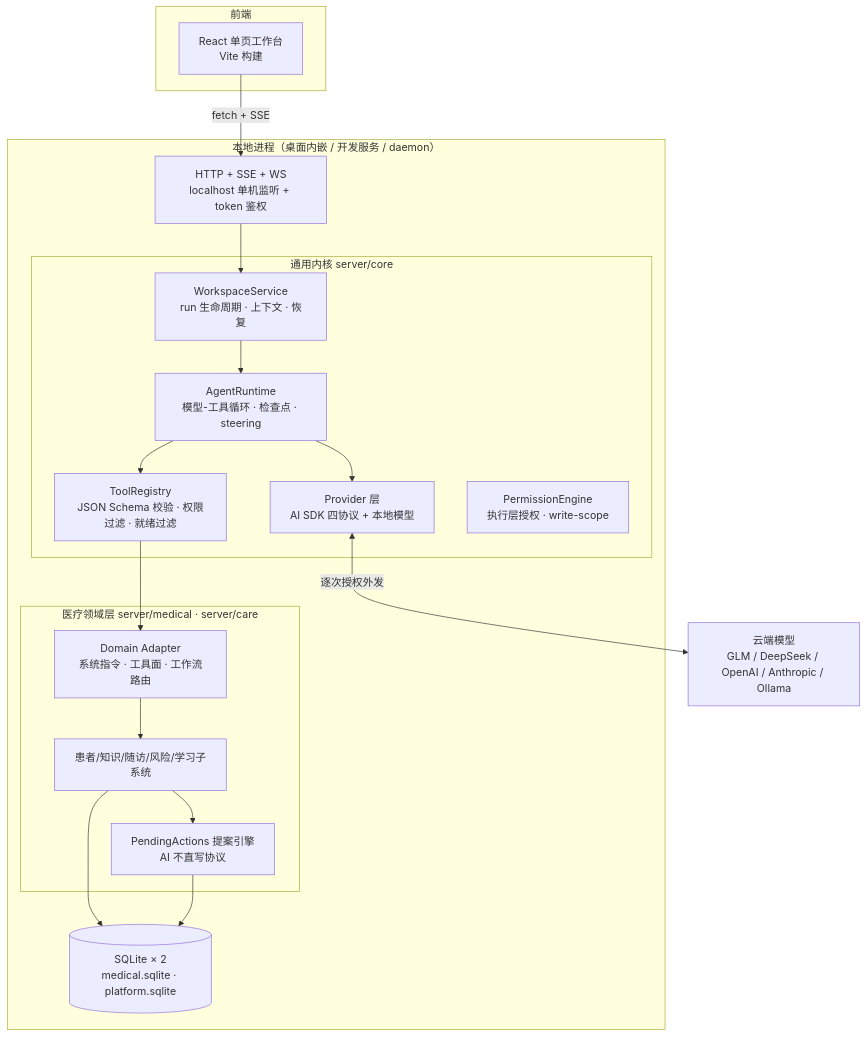
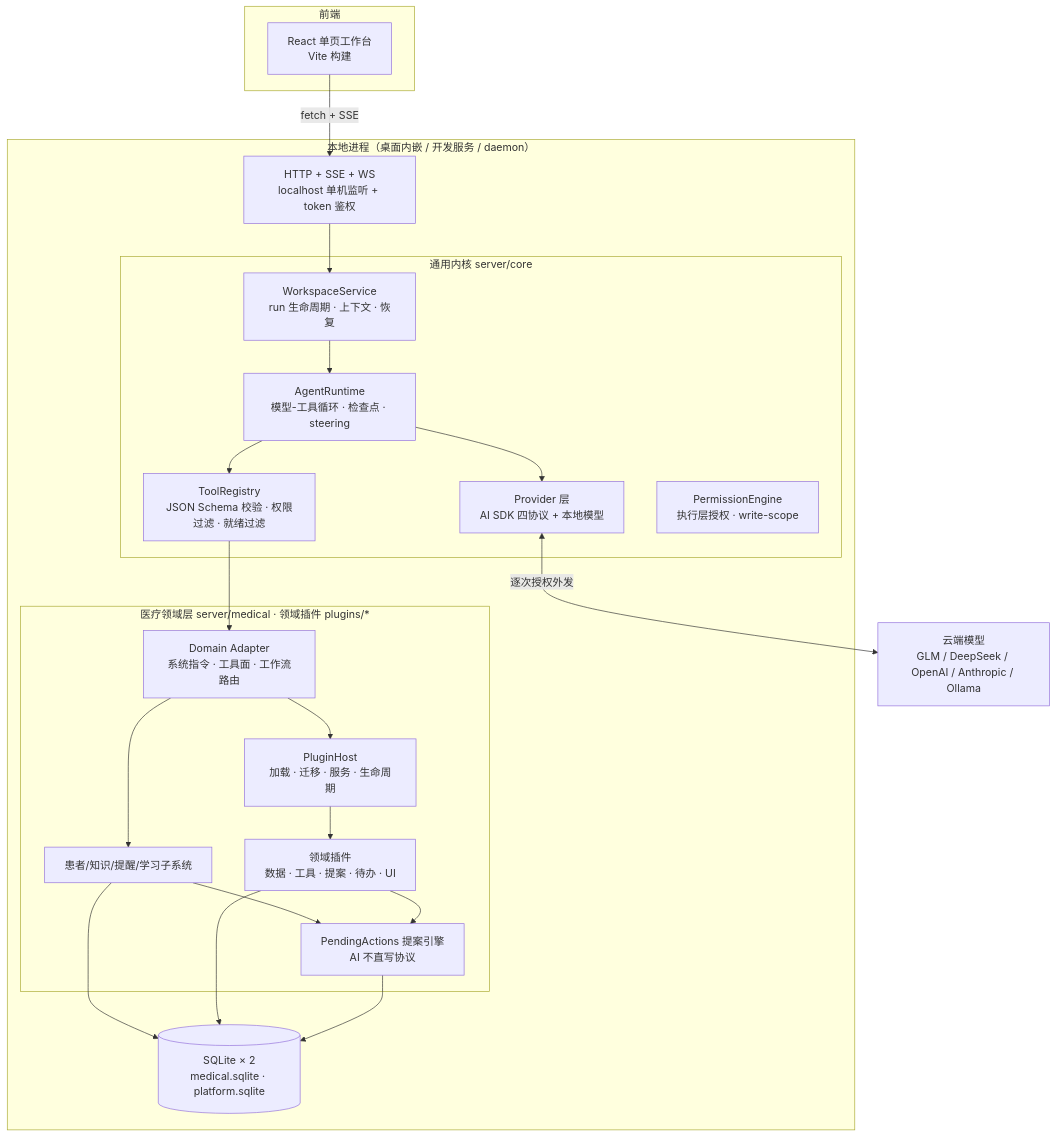
The diagram in docs/ARCHITECTURE.md (123eyu/open-medical), drawn with Mermaid before and after one commit. The commit also changed other lines of this file and 4 other files, not shown here.

Commit message:
T11c: document plugin architecture and refactor summary

````diff
--- a/docs/ARCHITECTURE.md
+++ b/docs/ARCHITECTURE.md
@@ -13,26 +13,30 @@
 ```mermaid
 flowchart TD
   subgraph 前端
     UI[React 单页工作台<br/>Vite 构建]
   end
   subgraph 本地进程["本地进程（桌面内嵌 / 开发服务 / daemon）"]
     API[HTTP + SSE + WS<br/>localhost 单机监听 + token 鉴权]
     subgraph 内核["通用内核 server/core"]
       WSVC[WorkspaceService<br/>run 生命周期 · 上下文 · 恢复]
       RT[AgentRuntime<br/>模型-工具循环 · 检查点 · steering]
       REG[ToolRegistry<br/>JSON Schema 校验 · 权限过滤 · 就绪过滤]
       PROV[Provider 层<br/>AI SDK 四协议 + 本地模型]
       PERM[PermissionEngine<br/>执行层授权 · write-scope]
     end
-    subgraph 医疗层["医疗领域层 server/medical · server/care"]
+    subgraph 医疗层["医疗领域层 server/medical · 领域插件 plugins/*"]
       DOM[Domain Adapter<br/>系统指令 · 工具面 · 工作流路由]
+      HOST[PluginHost<br/>加载 · 迁移 · 服务 · 生命周期]
       PEND[PendingActions 提案引擎<br/>AI 不直写协议]
-      SUB[患者/知识/随访/风险/学习子系统]
+      SUB[患者/知识/提醒/学习子系统]
+      PLUG[领域插件<br/>数据 · 工具 · 提案 · 待办 · UI]
     end
     DB[(SQLite × 2<br/>medical.sqlite · platform.sqlite)]
   end
   EXT[云端模型<br/>GLM / DeepSeek / OpenAI / Anthropic / Ollama]
   UI -->|fetch + SSE| API --> WSVC --> RT --> PROV <-->|逐次授权外发| EXT
   RT --> REG --> DOM --> SUB --> DB
+  DOM --> HOST --> PLUG --> DB
   SUB --> PEND --> DB
+  PLUG --> PEND
 ```
````
